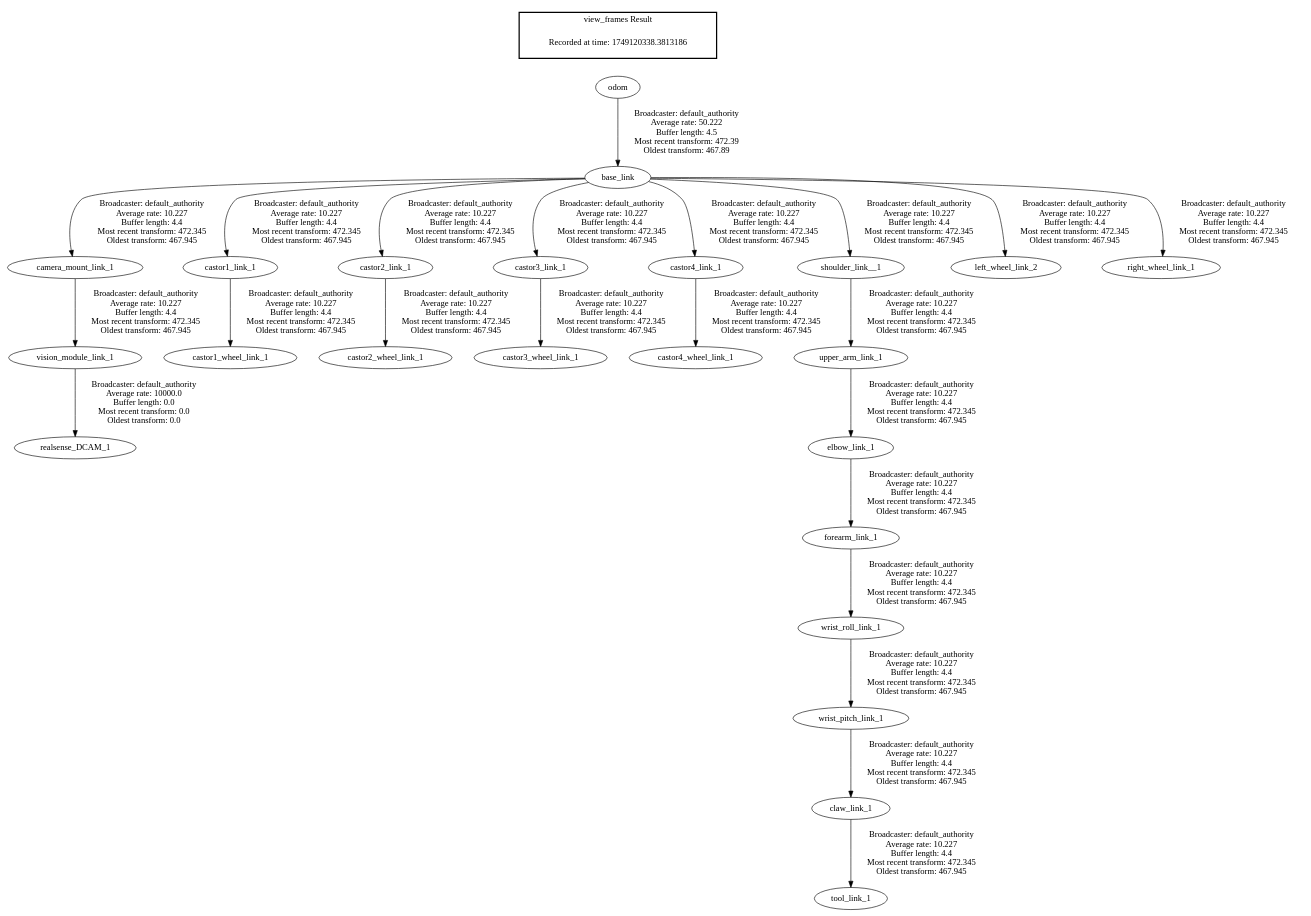
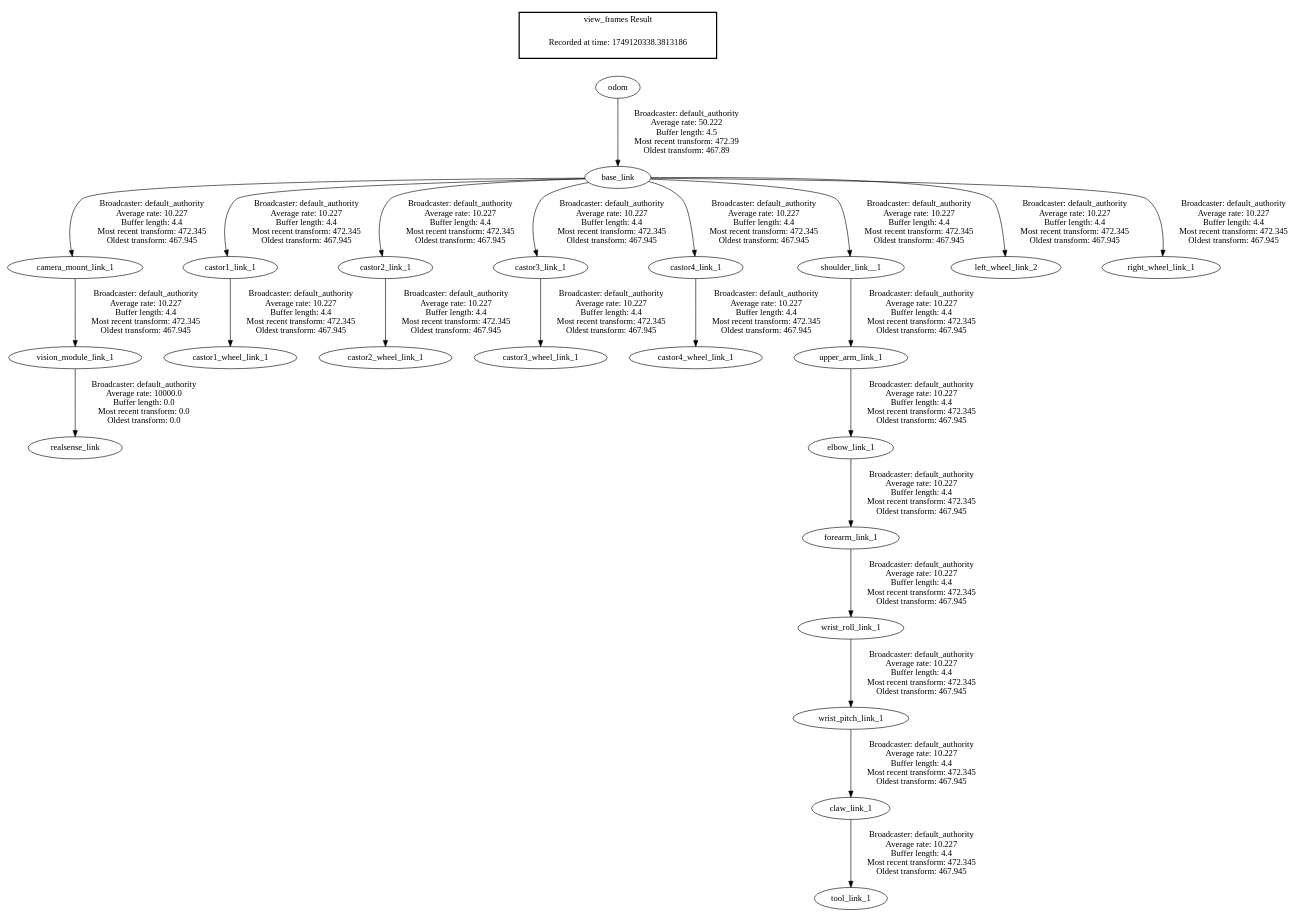
Before and after one commit to 1219Arvi/bot_ws: the diagram in frames_2025-06-05_16.15.38.gv, drawn with Graphviz. The commit also changed 1080 other files, not shown here.

```diff
--- a/frames_2025-06-05_16.15.38.gv
+++ b/frames_2025-06-05_16.15.38.gv
@@ -1,28 +1,28 @@
 digraph G {
 "odom" -> "base_link"[label=" Broadcaster: default_authority\nAverage rate: 50.222\nBuffer length: 4.5\nMost recent transform: 472.39\nOldest transform: 467.89\n"];
-"vision_module_link_1" -> "realsense_DCAM_1"[label=" Broadcaster: default_authority\nAverage rate: 10000.0\nBuffer length: 0.0\nMost recent transform: 0.0\nOldest transform: 0.0\n"];
+"vision_module_link_1" -> "realsense_link"[label=" Broadcaster: default_authority\nAverage rate: 10000.0\nBuffer length: 0.0\nMost recent transform: 0.0\nOldest transform: 0.0\n"];
 "camera_mount_link_1" -> "vision_module_link_1"[label=" Broadcaster: default_authority\nAverage rate: 10.227\nBuffer length: 4.4\nMost recent transform: 472.345\nOldest transform: 467.945\n"];
 "base_link" -> "camera_mount_link_1"[label=" Broadcaster: default_authority\nAverage rate: 10.227\nBuffer length: 4.4\nMost recent transform: 472.345\nOldest transform: 467.945\n"];
 "base_link" -> "castor1_link_1"[label=" Broadcaster: default_authority\nAverage rate: 10.227\nBuffer length: 4.4\nMost recent transform: 472.345\nOldest transform: 467.945\n"];
 "castor1_link_1" -> "castor1_wheel_link_1"[label=" Broadcaster: default_authority\nAverage rate: 10.227\nBuffer length: 4.4\nMost recent transform: 472.345\nOldest transform: 467.945\n"];
 "base_link" -> "castor2_link_1"[label=" Broadcaster: default_authority\nAverage rate: 10.227\nBuffer length: 4.4\nMost recent transform: 472.345\nOldest transform: 467.945\n"];
 "castor2_link_1" -> "castor2_wheel_link_1"[label=" Broadcaster: default_authority\nAverage rate: 10.227\nBuffer length: 4.4\nMost recent transform: 472.345\nOldest transform: 467.945\n"];
 "castor3_link_1" -> "castor3_wheel_link_1"[label=" Broadcaster: default_authority\nAverage rate: 10.227\nBuffer length: 4.4\nMost recent transform: 472.345\nOldest transform: 467.945\n"];
 "base_link" -> "castor3_link_1"[label=" Broadcaster: default_authority\nAverage rate: 10.227\nBuffer length: 4.4\nMost recent transform: 472.345\nOldest transform: 467.945\n"];
 "base_link" -> "castor4_link_1"[label=" Broadcaster: default_authority\nAverage rate: 10.227\nBuffer length: 4.4\nMost recent transform: 472.345\nOldest transform: 467.945\n"];
 "castor4_link_1" -> "castor4_wheel_link_1"[label=" Broadcaster: default_authority\nAverage rate: 10.227\nBuffer length: 4.4\nMost recent transform: 472.345\nOldest transform: 467.945\n"];
 "upper_arm_link_1" -> "elbow_link_1"[label=" Broadcaster: default_authority\nAverage rate: 10.227\nBuffer length: 4.4\nMost recent transform: 472.345\nOldest transform: 467.945\n"];
 "shoulder_link__1" -> "upper_arm_link_1"[label=" Broadcaster: default_authority\nAverage rate: 10.227\nBuffer length: 4.4\nMost recent transform: 472.345\nOldest transform: 467.945\n"];
 "elbow_link_1" -> "forearm_link_1"[label=" Broadcaster: default_authority\nAverage rate: 10.227\nBuffer length: 4.4\nMost recent transform: 472.345\nOldest transform: 467.945\n"];
 "wrist_pitch_link_1" -> "claw_link_1"[label=" Broadcaster: default_authority\nAverage rate: 10.227\nBuffer length: 4.4\nMost recent transform: 472.345\nOldest transform: 467.945\n"];
 "wrist_roll_link_1" -> "wrist_pitch_link_1"[label=" Broadcaster: default_authority\nAverage rate: 10.227\nBuffer length: 4.4\nMost recent transform: 472.345\nOldest transform: 467.945\n"];
 "base_link" -> "left_wheel_link_2"[label=" Broadcaster: default_authority\nAverage rate: 10.227\nBuffer length: 4.4\nMost recent transform: 472.345\nOldest transform: 467.945\n"];
 "base_link" -> "right_wheel_link_1"[label=" Broadcaster: default_authority\nAverage rate: 10.227\nBuffer length: 4.4\nMost recent transform: 472.345\nOldest transform: 467.945\n"];
 "base_link" -> "shoulder_link__1"[label=" Broadcaster: default_authority\nAverage rate: 10.227\nBuffer length: 4.4\nMost recent transform: 472.345\nOldest transform: 467.945\n"];
 "claw_link_1" -> "tool_link_1"[label=" Broadcaster: default_authority\nAverage rate: 10.227\nBuffer length: 4.4\nMost recent transform: 472.345\nOldest transform: 467.945\n"];
 "forearm_link_1" -> "wrist_roll_link_1"[label=" Broadcaster: default_authority\nAverage rate: 10.227\nBuffer length: 4.4\nMost recent transform: 472.345\nOldest transform: 467.945\n"];
 edge [style=invis];
  subgraph cluster_legend { style=bold; color=black; label ="view_frames Result";
 "Recorded at time: 1749120338.3813186"[ shape=plaintext ] ;
 }->"odom";
 }
```
